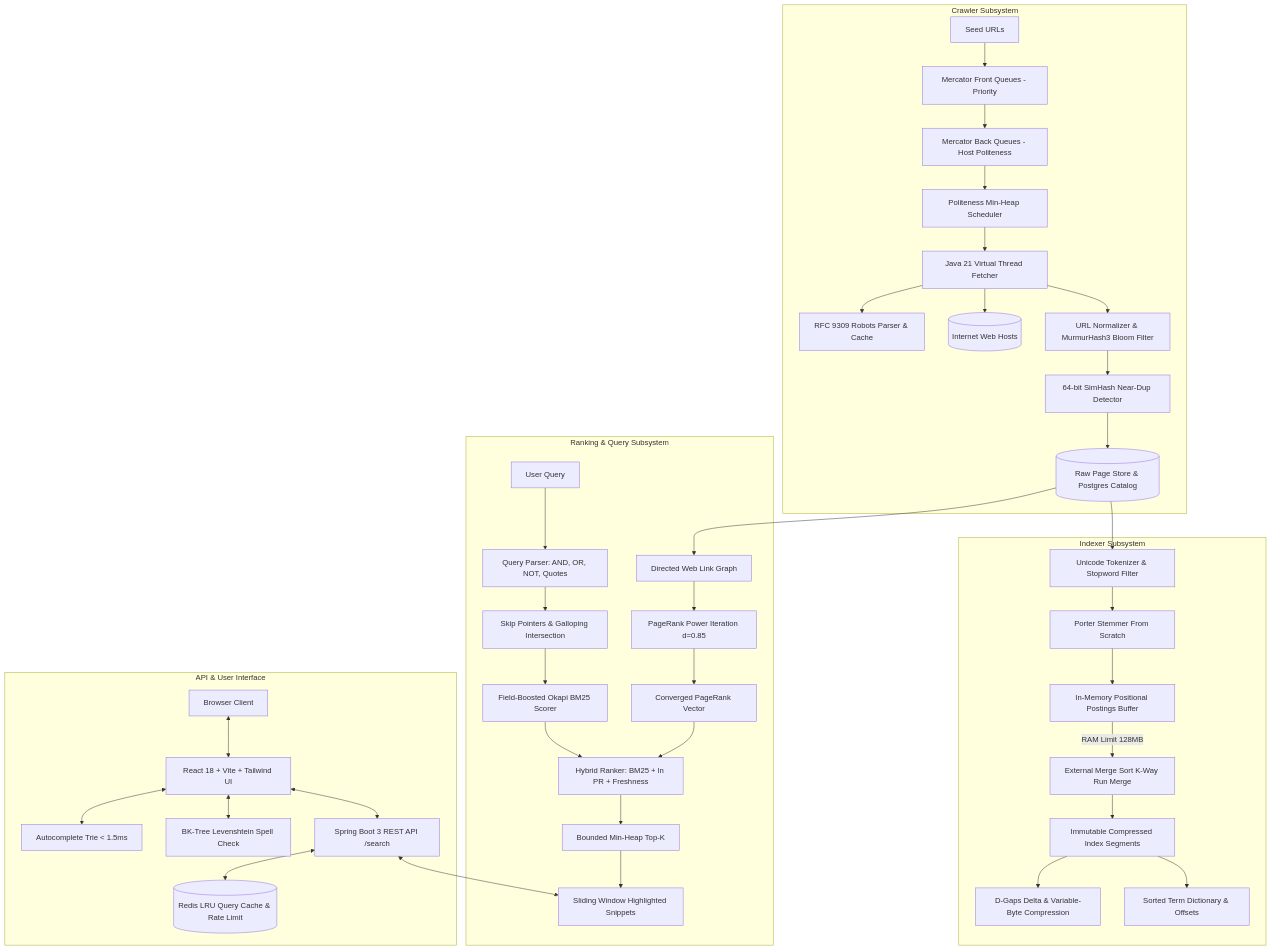
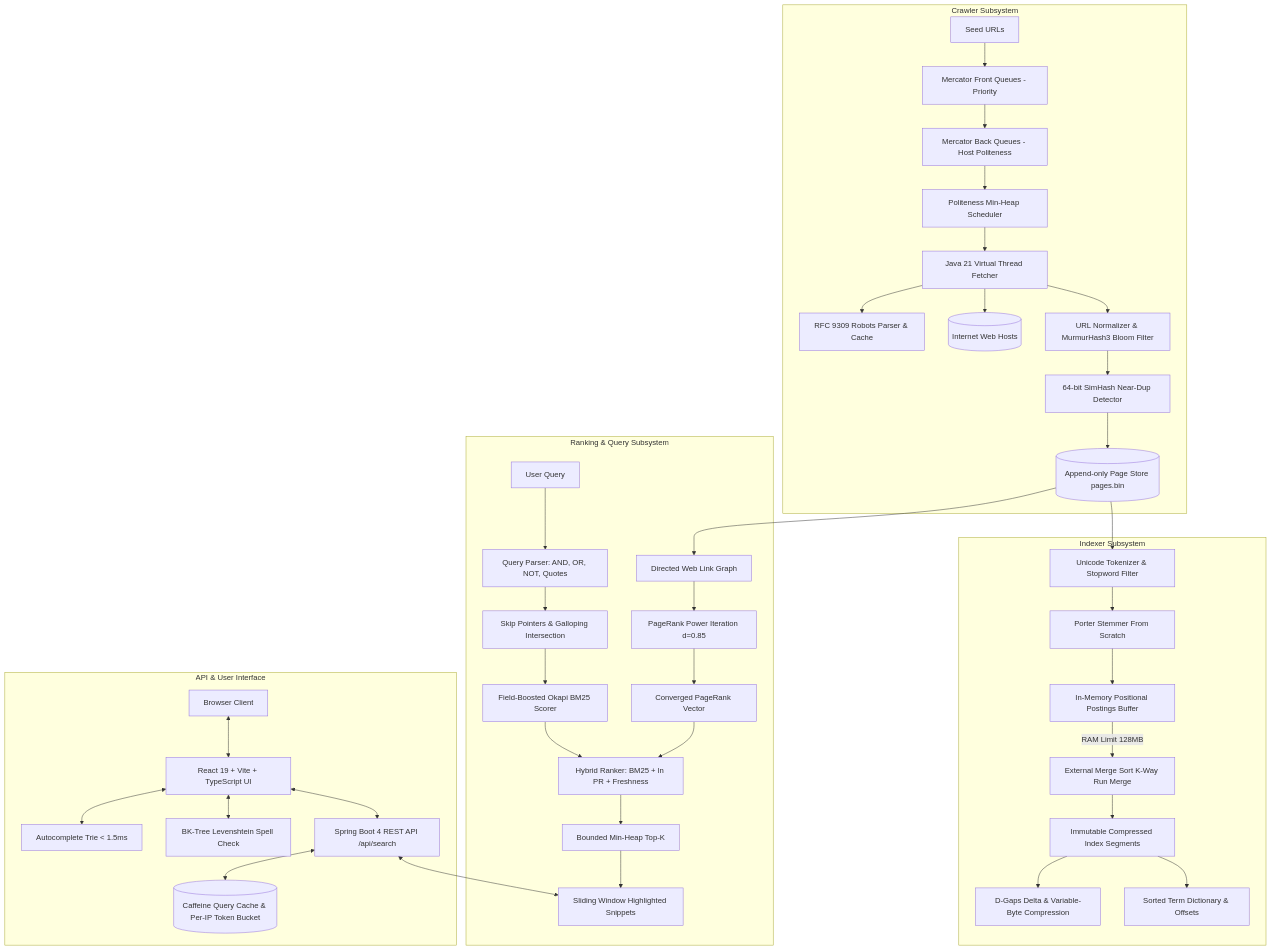
One commit to Software-Cookie/SearchForge changed the first of 3 diagrams in docs/architecture.md. Above: the diagram before and after it, drawn with Mermaid. The commit also changed other lines of this file and 116 other files, not shown here.

````diff
--- a/docs/architecture.md
+++ b/docs/architecture.md
@@ -13,46 +13,46 @@
 ```mermaid
 flowchart TD
     subgraph CrawlerSubsystem [Crawler Subsystem]
         Seed[Seed URLs] --> FrontQ[Mercator Front Queues - Priority]
         FrontQ --> BackQ[Mercator Back Queues - Host Politeness]
         BackQ --> Scheduler[Politeness Min-Heap Scheduler]
         Scheduler --> Fetcher[Java 21 Virtual Thread Fetcher]
         Fetcher --> Robots[RFC 9309 Robots Parser & Cache]
         Fetcher --> Net[(Internet Web Hosts)]
         Fetcher --> Dedupe[URL Normalizer & MurmurHash3 Bloom Filter]
         Dedupe --> SimHash[64-bit SimHash Near-Dup Detector]
-        SimHash --> PageStore[(Raw Page Store & Postgres Catalog)]
+        SimHash --> PageStore[(Append-only Page Store pages.bin)]
     end
 
     subgraph IndexerSubsystem [Indexer Subsystem]
         PageStore --> Tokenizer[Unicode Tokenizer & Stopword Filter]
         Tokenizer --> Stemmer[Porter Stemmer From Scratch]
         Stemmer --> PosPosting[In-Memory Positional Postings Buffer]
         PosPosting -->|RAM Limit 128MB| ExtSort[External Merge Sort K-Way Run Merge]
         ExtSort --> Segments[Immutable Compressed Index Segments]
         Segments --> Codecs[D-Gaps Delta & Variable-Byte Compression]
         Segments --> TermDict[Sorted Term Dictionary & Offsets]
     end
 
     subgraph RankingSubsystem [Ranking & Query Subsystem]
         PageStore --> LinkGraph[Directed Web Link Graph]
         LinkGraph --> PageRank[PageRank Power Iteration d=0.85]
         PageRank --> PRVector[Converged PageRank Vector]
 
         UserQuery[User Query] --> QParser[Query Parser: AND, OR, NOT, Quotes]
         QParser --> SkipIntersect[Skip Pointers & Galloping Intersection]
         SkipIntersect --> BM25[Field-Boosted Okapi BM25 Scorer]
         BM25 & PRVector --> HybridRanker[Hybrid Ranker: BM25 + ln PR + Freshness]
         HybridRanker --> TopK[Bounded Min-Heap Top-K]
         TopK --> Snippet[Sliding Window Highlighted Snippets]
     end
 
     subgraph ApiUiSubsystem [API & User Interface]
-        User[Browser Client] <--> ReactUI[React 18 + Vite + Tailwind UI]
+        User[Browser Client] <--> ReactUI[React 19 + Vite + TypeScript UI]
         ReactUI <--> AutoTrie[Autocomplete Trie < 1.5ms]
         ReactUI <--> BKTree[BK-Tree Levenshtein Spell Check]
-        ReactUI <--> SpringAPI[Spring Boot 3 REST API /search]
-        SpringAPI <--> RedisCache[(Redis LRU Query Cache & Rate Limit)]
+        ReactUI <--> SpringAPI[Spring Boot 4 REST API /api/search]
+        SpringAPI <--> LocalCache[(Caffeine Query Cache & Per-IP Token Bucket)]
         SpringAPI <--> Snippet
     end
 ```
````
